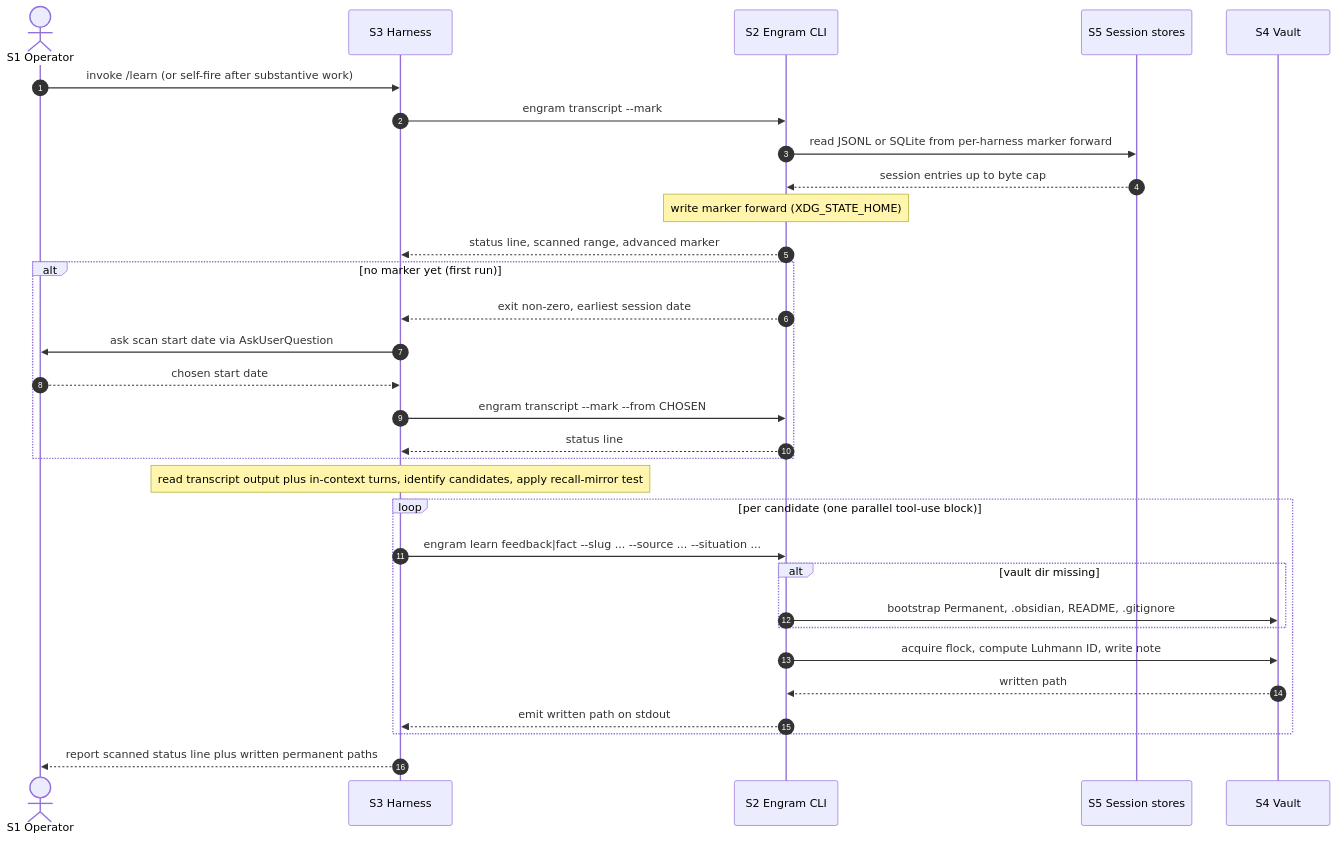
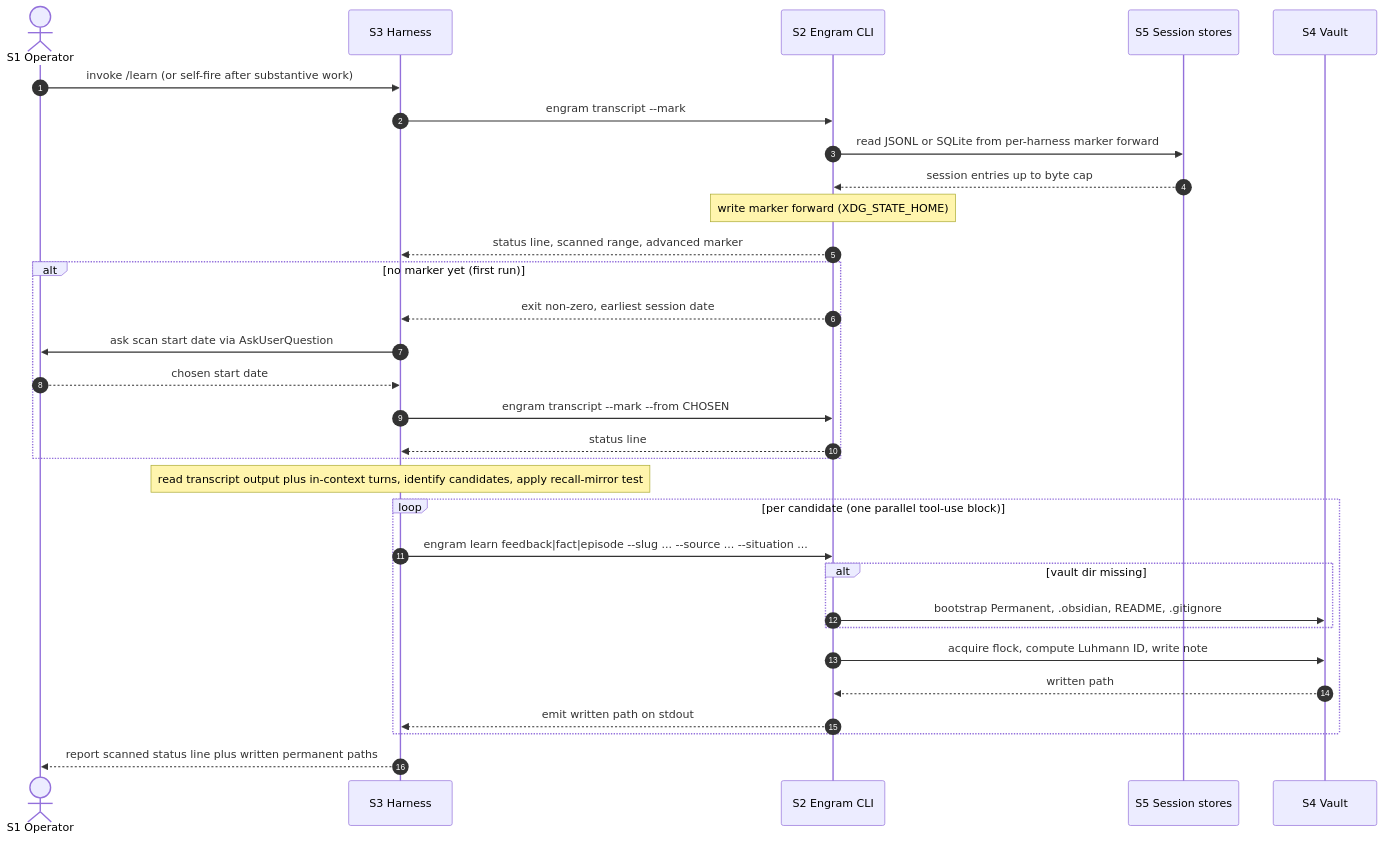
The third of 5 diagrams in docs/architecture/c1-system-context.md (toejough/engram), drawn with Mermaid before and after one commit. The commit also changed other lines of this file and 3 other files, not shown here.

First line of the commit message:
docs: surface F1 episode kind in README/GLOSSARY/L1 diagram/roadmap

````diff
--- a/docs/architecture/c1-system-context.md
+++ b/docs/architecture/c1-system-context.md
@@ -124,39 +124,39 @@
 ```mermaid
 sequenceDiagram
     autonumber
     actor Op as S1 Operator
     participant H as S3 Harness
     participant E as S2 Engram CLI
     participant Tr as S5 Session stores
     participant V as S4 Vault
 
     Op->>H: invoke /learn (or self-fire after substantive work)
 
     H->>E: engram transcript --mark
     E->>Tr: read JSONL or SQLite from per-harness marker forward
     Tr-->>E: session entries up to byte cap
     Note over E: write marker forward (XDG_STATE_HOME)
     E-->>H: status line, scanned range, advanced marker
 
     alt no marker yet (first run)
         E-->>H: exit non-zero, earliest session date
         H->>Op: ask scan start date via AskUserQuestion
         Op-->>H: chosen start date
         H->>E: engram transcript --mark --from CHOSEN
         E-->>H: status line
     end
 
     Note over H: read transcript output plus in-context turns, identify candidates, apply recall-mirror test
 
     loop per candidate (one parallel tool-use block)
-        H->>E: engram learn feedback|fact --slug ... --source ... --situation ...
+        H->>E: engram learn feedback|fact|episode --slug ... --source ... --situation ...
         alt vault dir missing
             E->>V: bootstrap Permanent, .obsidian, README, .gitignore
         end
         E->>V: acquire flock, compute Luhmann ID, write note
         V-->>E: written path
         E-->>H: emit written path on stdout
     end
 
     H-->>Op: report scanned status line plus written permanent paths
 ```
````
